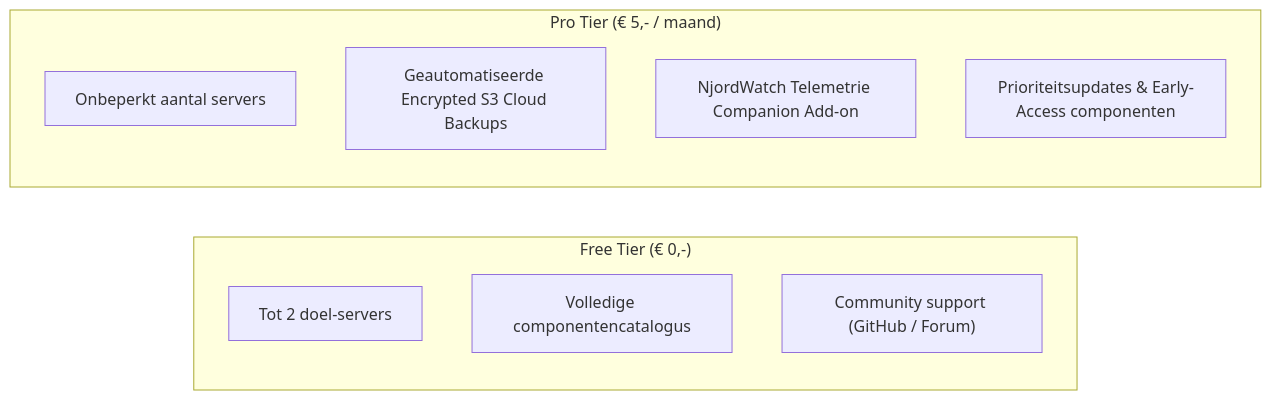
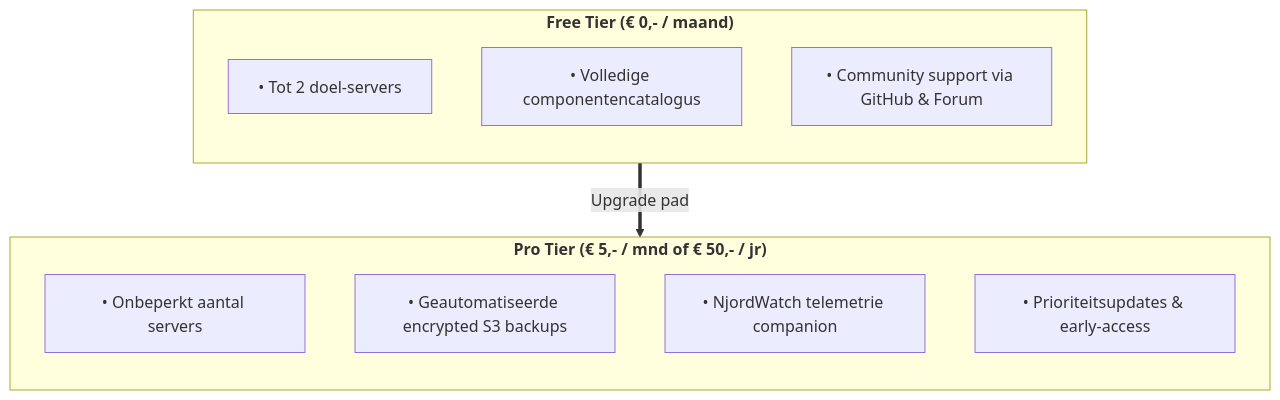
One commit to HenkVanHoek/njord-deploy changed the second of 3 diagrams in docs/COMMERCIELE_ROADMAP_EN_GO_TO_MARKET.md. Above: the diagram before and after it, drawn with Mermaid. The commit also changed other lines of this file, not shown here.

Commit message:
docs(commercial): optimaliseer Mermaid diagrammen naar compacte flowchart TD voor PDF export

````diff
--- a/docs/COMMERCIELE_ROADMAP_EN_GO_TO_MARKET.md
+++ b/docs/COMMERCIELE_ROADMAP_EN_GO_TO_MARKET.md
@@ -63,15 +65,19 @@
 ```mermaid
-graph LR
-    subgraph "Free Tier (€ 0,-)"
-        F1["Tot 2 doel-servers"]
-        F2["Volledige componentencatalogus"]
-        F3["Community support (GitHub / Forum)"]
+flowchart TD
+    subgraph S1["<b>Free Tier (€ 0,- / maand)</b>"]
+        direction TB
+        F1["• Tot 2 doel-servers"]
+        F2["• Volledige componentencatalogus"]
+        F3["• Community support via GitHub & Forum"]
     end
 
-    subgraph "Pro Tier (€ 5,- / maand)"
-        P1["Onbeperkt aantal servers"]
-        P2["Geautomatiseerde Encrypted S3 Cloud Backups"]
-        P3["NjordWatch Telemetrie Companion Add-on"]
-        P4["Prioriteitsupdates & Early-Access componenten"]
+    subgraph S2["<b>Pro Tier (€ 5,- / mnd of € 50,- / jr)</b>"]
+        direction TB
+        P1["• Onbeperkt aantal servers"]
+        P2["• Geautomatiseerde encrypted S3 backups"]
+        P3["• NjordWatch telemetrie companion"]
+        P4["• Prioriteitsupdates & early-access"]
     end
+
+    S1 ==>|Upgrade pad| S2
 ```
````
